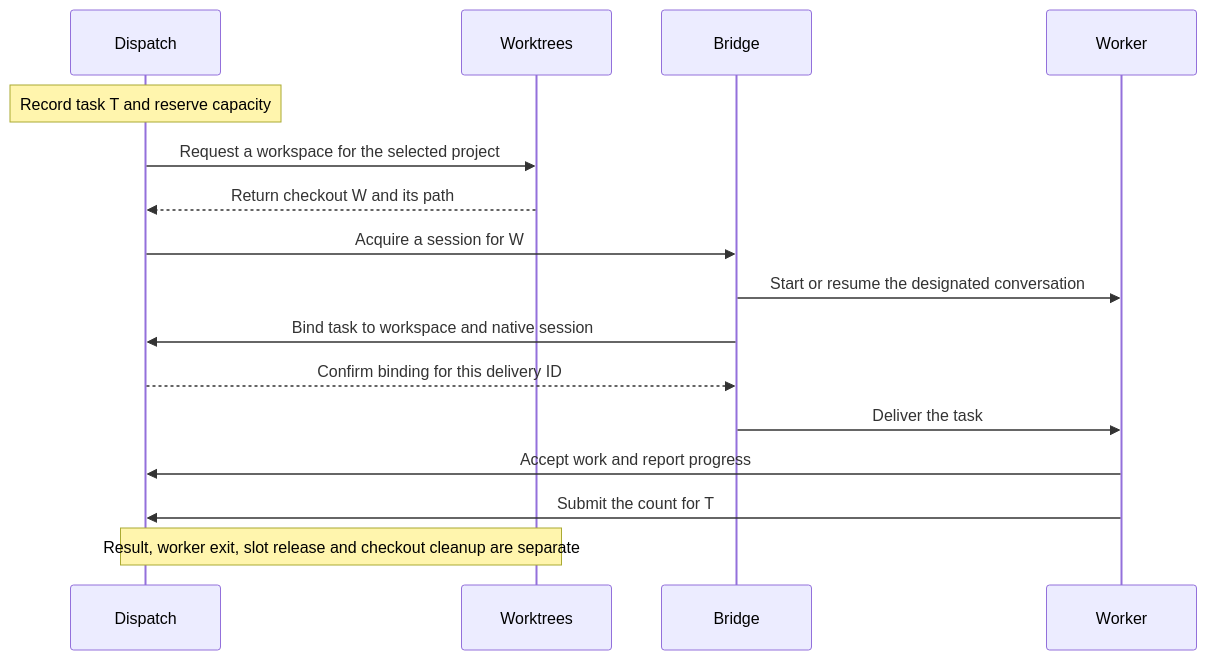
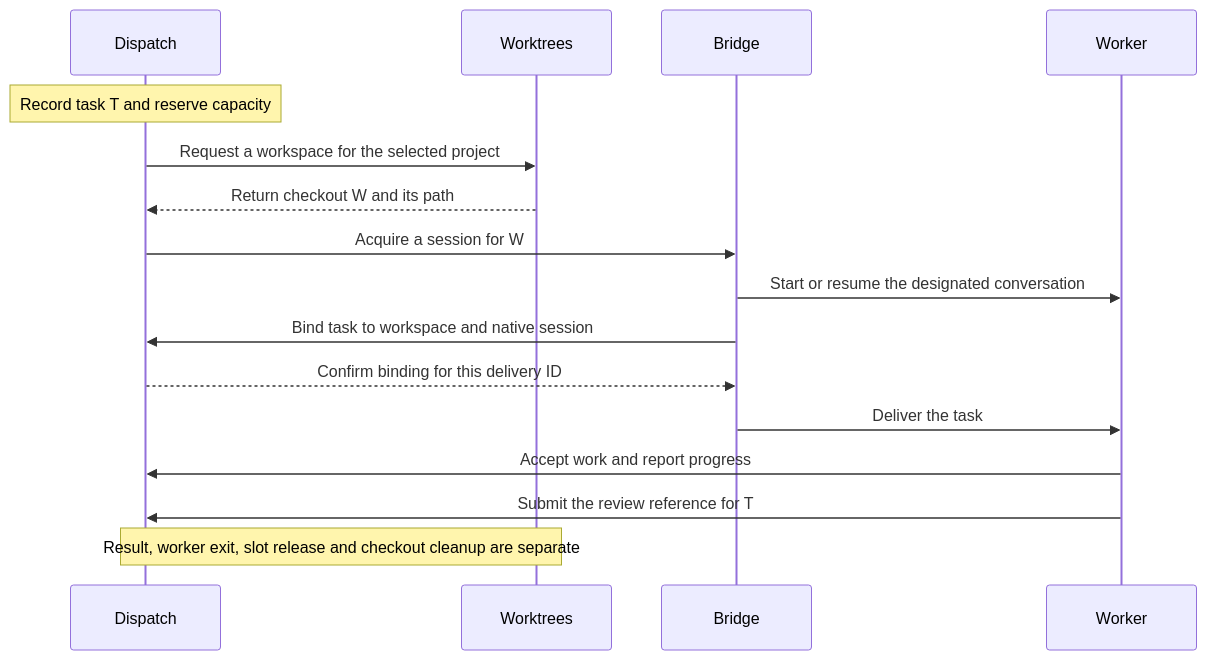
Before and after one commit to ThomasMichon/copilot-extensions: the diagram in docs/agent-lifecycle/trace.md, drawn with Mermaid. The commit also changed other lines of this file and 4 other files, not shown here.

````diff
--- a/docs/agent-lifecycle/trace.md
+++ b/docs/agent-lifecycle/trace.md
@@ -17,18 +17,18 @@
 ```mermaid
 sequenceDiagram
     participant D as Dispatch
     participant W as Worktrees
     participant B as Bridge
     participant A as Worker
     Note over D: Record task T and reserve capacity
     D->>W: Request a workspace for the selected project
     W-->>D: Return checkout W and its path
     D->>B: Acquire a session for W
     B->>A: Start or resume the designated conversation
     B->>D: Bind task to workspace and native session
     D-->>B: Confirm binding for this delivery ID
     B->>A: Deliver the task
     A->>D: Accept work and report progress
-    A->>D: Submit the count for T
+    A->>D: Submit the review reference for T
     Note over D,W: Result, worker exit, slot release and checkout cleanup are separate
 ```
````
